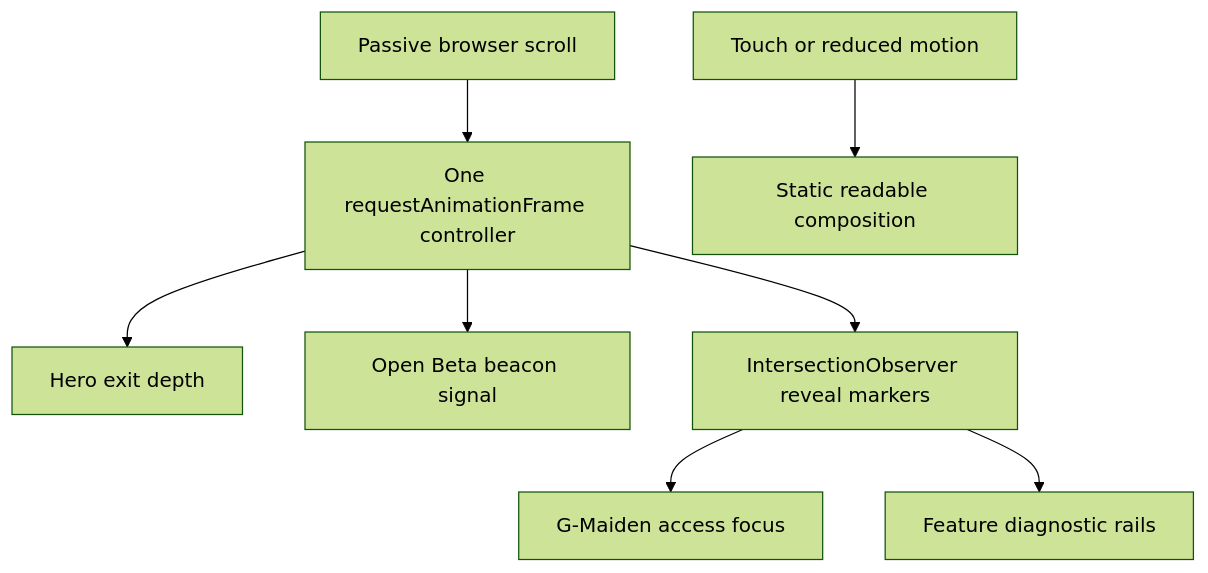
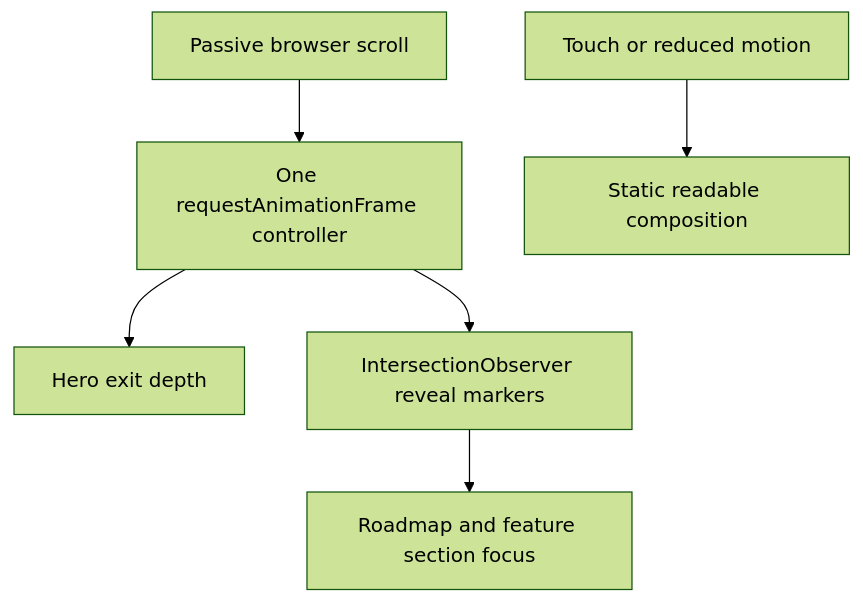
Before and after one commit to Freshair129/G-Maiden: the diagram in docs/change request/CR-030-landing-scroll-driven-cinematic-narrative.md, drawn with Mermaid (forest theme). The commit also changed other lines of this file and 132 other files, not shown here.

First line of the commit message:
fix(gmad): remove cancelled beta distribution flows

````diff
--- a/docs/change request/CR-030-landing-scroll-driven-cinematic-narrative.md
+++ b/docs/change request/CR-030-landing-scroll-driven-cinematic-narrative.md
@@ -43,10 +43,8 @@
 ```mermaid
 flowchart TD
   A["Passive browser scroll"] --> B["One requestAnimationFrame controller"]
   B --> C["Hero exit depth"]
-  B --> D["Open Beta beacon signal"]
-  B --> E["IntersectionObserver reveal markers"]
-  E --> F["G-Maiden access focus"]
-  E --> G["Feature diagnostic rails"]
+  B --> D["IntersectionObserver reveal markers"]
+  D --> E["Roadmap and feature section focus"]
   H["Touch or reduced motion"] --> I["Static readable composition"]
 ```
````
